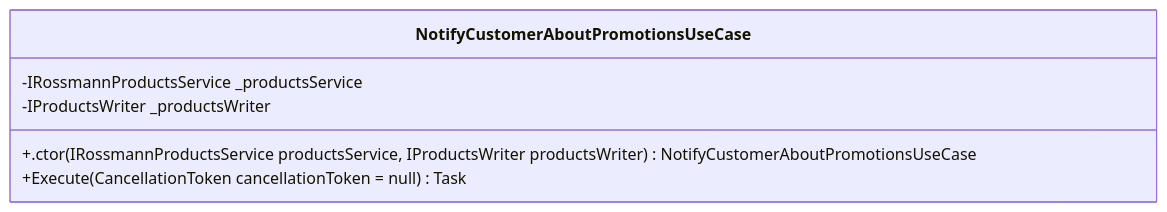
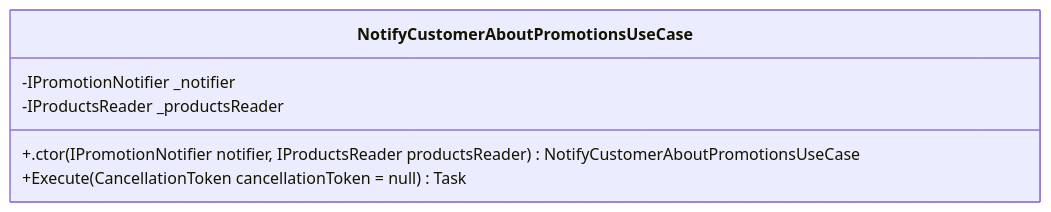
One commit to dominikus1993/argo-rossmann-product-fetcher changed the ninth of 21 diagrams in CODE_METRICS.md. Above: the diagram before and after it, drawn with Mermaid. The commit also changed other lines of this file, not shown here.

````diff
--- a/CODE_METRICS.md
+++ b/CODE_METRICS.md
@@ -946,10 +1004,10 @@
 ```mermaid
 classDiagram
 class NotifyCustomerAboutPromotionsUseCase{
-    -IRossmannProductsService _productsService
-    -IProductsWriter _productsWriter
-    +.ctor(IRossmannProductsService productsService, IProductsWriter productsWriter) NotifyCustomerAboutPromotionsUseCase
+    -IPromotionNotifier _notifier
+    -IProductsReader _productsReader
+    +.ctor(IPromotionNotifier notifier, IProductsReader productsReader) NotifyCustomerAboutPromotionsUseCase
     +Execute(CancellationToken cancellationToken = null) Task
 }
 
 ```
````
